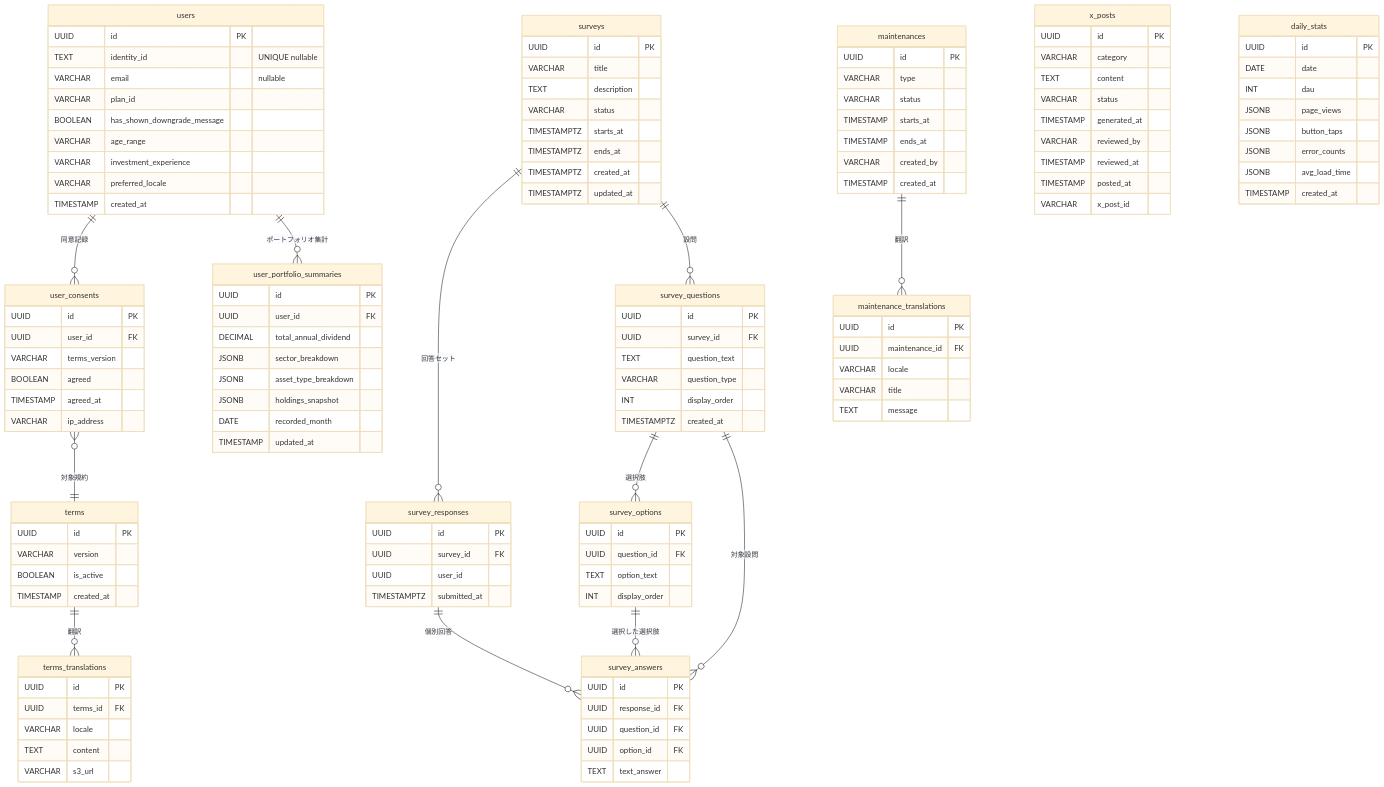
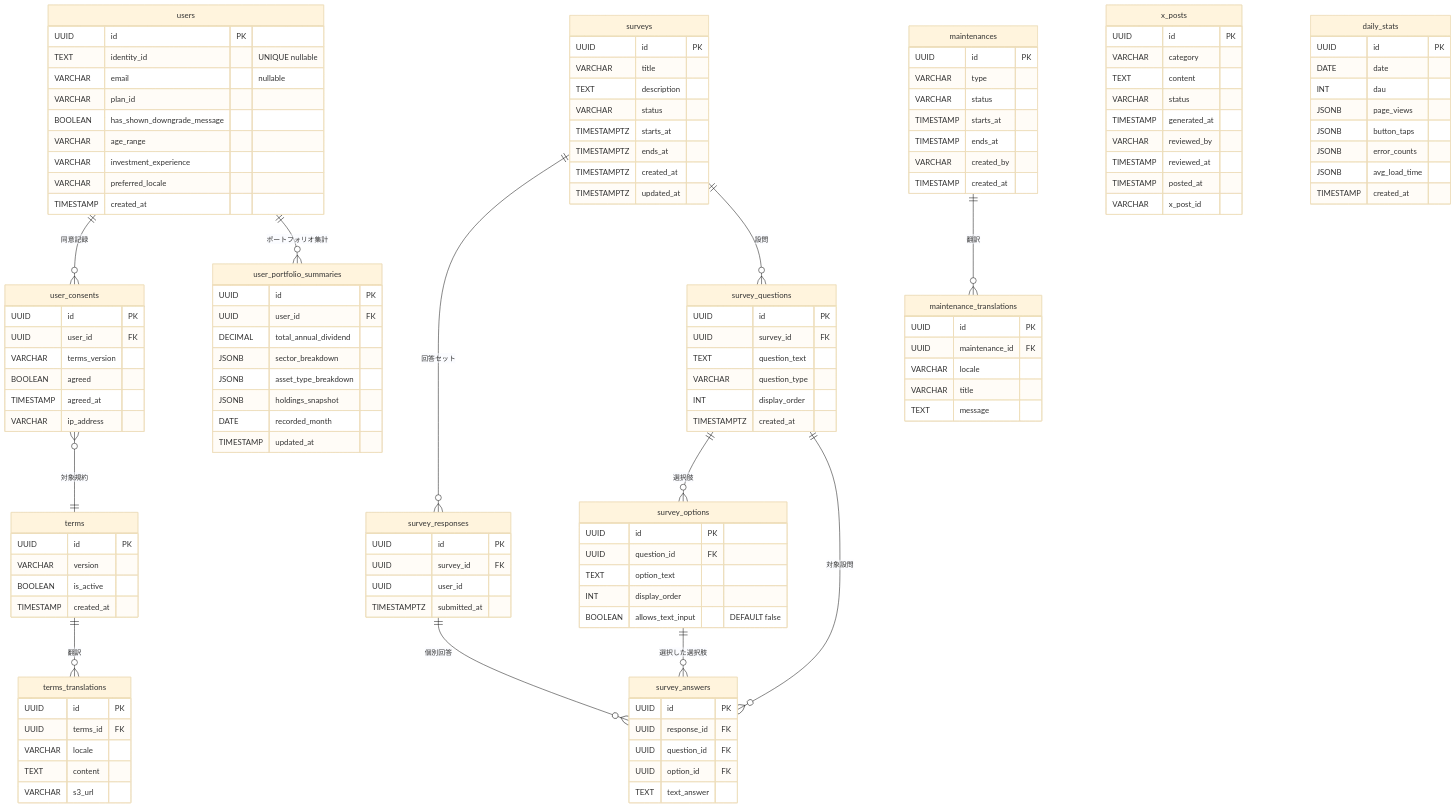
Before and after one commit to satouhiroyuki/Morincum-specs: the diagram in specs/030.database/backend-schema.md, drawn with Mermaid (base theme). The commit also changed 1 other file, not shown here.

Commit message:
survey: allows_text_input追加・バリデーション上限・オフライン挙動を仕様に反映

```diff
--- a/specs/030.database/backend-schema.md
+++ b/specs/030.database/backend-schema.md
@@ -99,6 +99,7 @@
         UUID question_id FK
         TEXT option_text
         INT display_order
+        BOOLEAN allows_text_input "DEFAULT false"
     }
     survey_responses {
         UUID id PK
```
